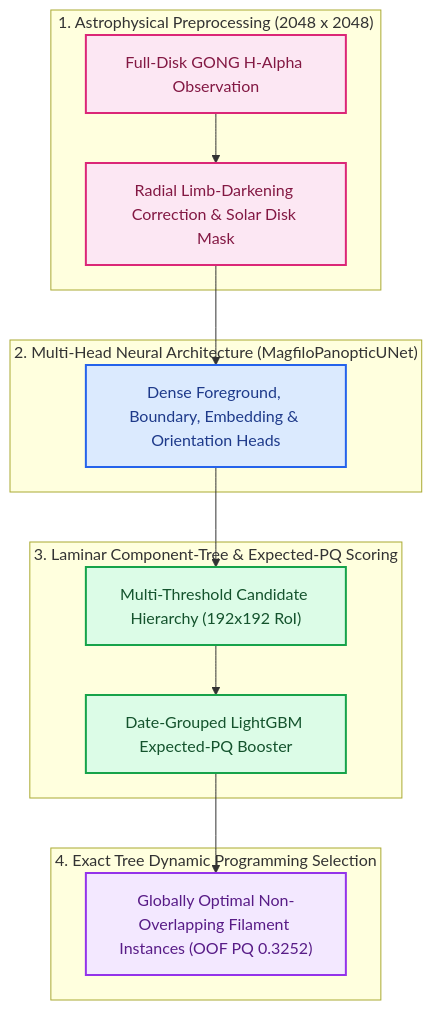
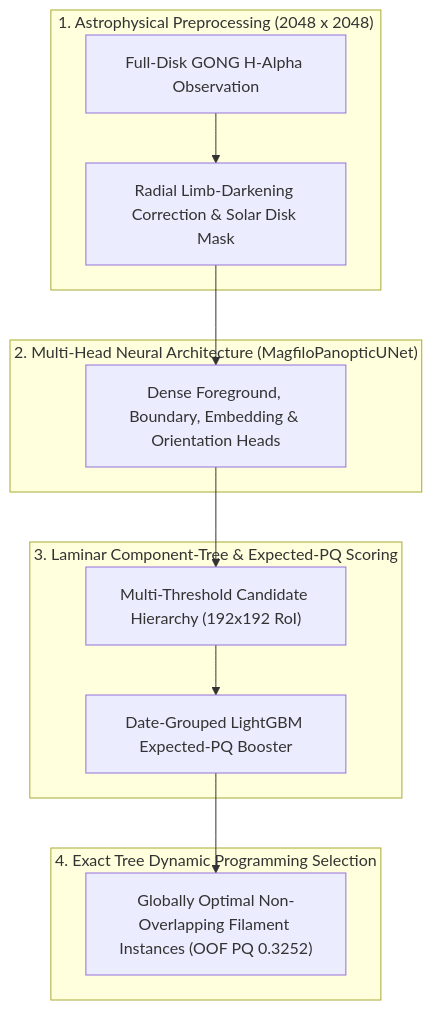
One commit to RobinaMirbahar/magfilo-panoptic-seg changed the diagram in README.md. Above: the diagram before and after it, drawn with Mermaid. The commit also changed other lines of this file, not shown here.

Commit message:
docs: revert Mermaid color overrides for crisp native GitHub rendering and consolidate header

````diff
--- a/README.md
+++ b/README.md
@@ -63,25 +61,18 @@
 ```mermaid
 flowchart TD
     subgraph Astro ["1. Astrophysical Preprocessing (2048 x 2048)"]
         A_Disk["Full-Disk GONG H-Alpha Observation"]
         A_Limb["Radial Limb-Darkening Correction & Solar Disk Mask"]
     end
     subgraph UNet ["2. Multi-Head Neural Architecture (MagfiloPanopticUNet)"]
         U_Heads["Dense Foreground, Boundary, Embedding & Orientation Heads"]
     end
     subgraph TreeDP ["3. Laminar Component-Tree & Expected-PQ Scoring"]
         T_Cand["Multi-Threshold Candidate Hierarchy (192x192 RoI)"]
         T_LGBM["Date-Grouped LightGBM Expected-PQ Booster"]
     end
     subgraph DP ["4. Exact Tree Dynamic Programming Selection"]
         O_Sub["Globally Optimal Non-Overlapping Filament Instances (OOF PQ 0.3252)"]
     end
     A_Disk --> A_Limb --> U_Heads --> T_Cand --> T_LGBM --> O_Sub
-
-    style A_Disk fill:#fce7f3,stroke:#db2777,stroke-width:2px,color:#831843
-    style A_Limb fill:#fce7f3,stroke:#db2777,stroke-width:2px,color:#831843
-    style U_Heads fill:#dbeafe,stroke:#2563eb,stroke-width:2px,color:#1e3a8a
-    style T_Cand fill:#dcfce7,stroke:#16a34a,stroke-width:2px,color:#14532d
-    style T_LGBM fill:#dcfce7,stroke:#16a34a,stroke-width:2px,color:#14532d
-    style O_Sub fill:#f3e8ff,stroke:#9333ea,stroke-width:2px,color:#581c87
 ```
````
